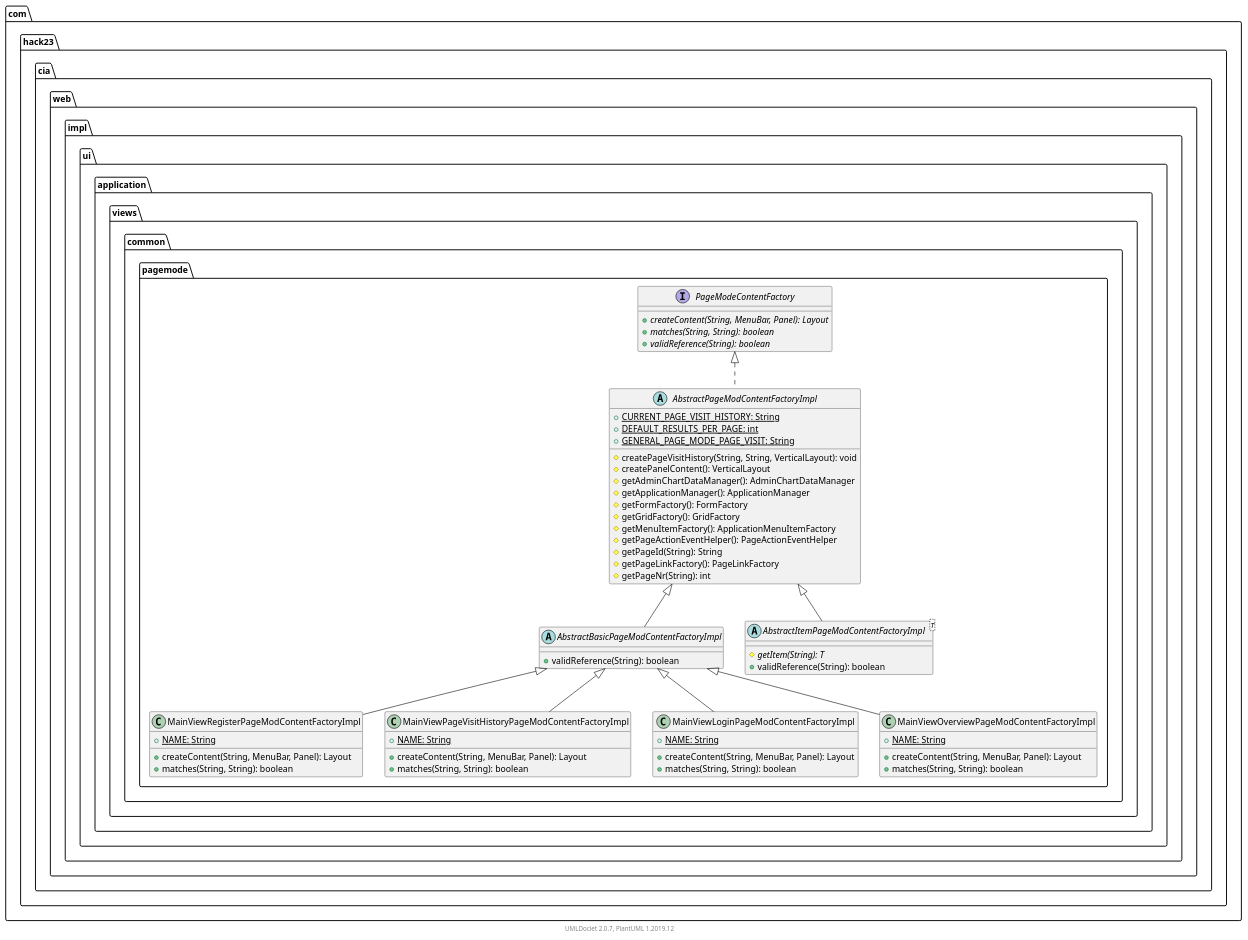
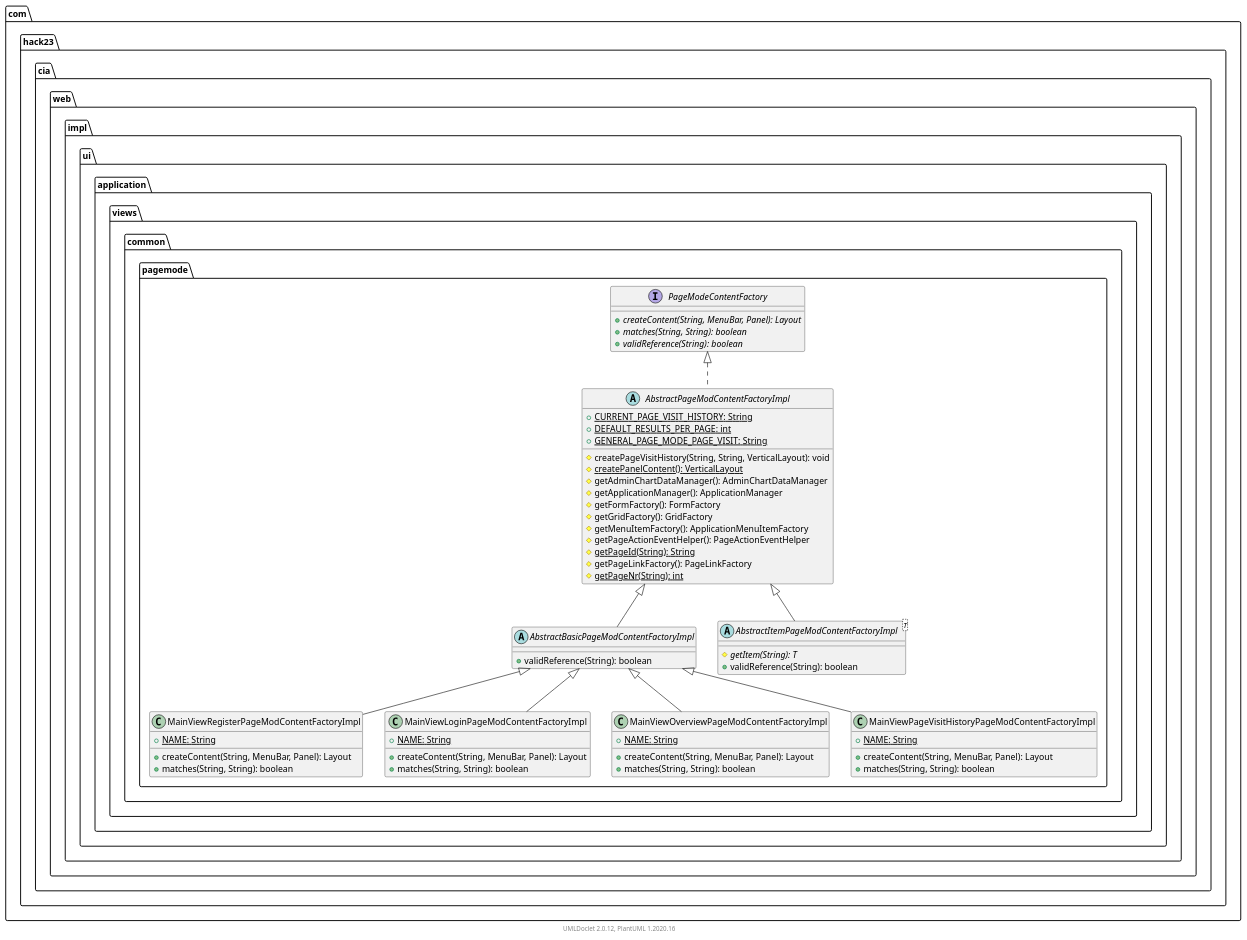
The diagram in apidocs/com/hack23/cia/web/impl/ui/application/views/common/pagemode/package.puml (Hack23/cia), drawn with PlantUML before and after one commit. The commit also changed 4579 other files, not shown here.

```diff
--- a/apidocs/com/hack23/cia/web/impl/ui/application/views/common/pagemode/package.puml
+++ b/apidocs/com/hack23/cia/web/impl/ui/application/views/common/pagemode/package.puml
@@ -1,70 +1,70 @@
 @startuml
     namespace com.hack23.cia.web.impl.ui.application.views.common.pagemode {
+
+        class MainViewRegisterPageModContentFactoryImpl [[MainViewRegisterPageModContentFactoryImpl.html]] {
+            {static} +NAME: String
+            +createContent(String, MenuBar, Panel): Layout
+            +matches(String, String): boolean
+        }
+
+        class MainViewLoginPageModContentFactoryImpl [[MainViewLoginPageModContentFactoryImpl.html]] {
+            {static} +NAME: String
+            +createContent(String, MenuBar, Panel): Layout
+            +matches(String, String): boolean
+        }
+
+        interface PageModeContentFactory [[PageModeContentFactory.html]] {
+            {abstract} +createContent(String, MenuBar, Panel): Layout
+            {abstract} +matches(String, String): boolean
+            {abstract} +validReference(String): boolean
+        }
 
         abstract class AbstractPageModContentFactoryImpl [[AbstractPageModContentFactoryImpl.html]] {
             {static} +CURRENT_PAGE_VISIT_HISTORY: String
             {static} +DEFAULT_RESULTS_PER_PAGE: int
             {static} +GENERAL_PAGE_MODE_PAGE_VISIT: String
             #createPageVisitHistory(String, String, VerticalLayout): void
-            #createPanelContent(): VerticalLayout
+            {static} #createPanelContent(): VerticalLayout
             #getAdminChartDataManager(): AdminChartDataManager
             #getApplicationManager(): ApplicationManager
             #getFormFactory(): FormFactory
             #getGridFactory(): GridFactory
             #getMenuItemFactory(): ApplicationMenuItemFactory
             #getPageActionEventHelper(): PageActionEventHelper
-            #getPageId(String): String
+            {static} #getPageId(String): String
             #getPageLinkFactory(): PageLinkFactory
-            #getPageNr(String): int
+            {static} #getPageNr(String): int
         }
 
-        class MainViewRegisterPageModContentFactoryImpl [[MainViewRegisterPageModContentFactoryImpl.html]] {
+        abstract class AbstractBasicPageModContentFactoryImpl [[AbstractBasicPageModContentFactoryImpl.html]] {
+            +validReference(String): boolean
+        }
+
+        abstract class AbstractItemPageModContentFactoryImpl<T> [[AbstractItemPageModContentFactoryImpl.html]] {
+            {abstract} #getItem(String): T
+            +validReference(String): boolean
+        }
+
+        class MainViewOverviewPageModContentFactoryImpl [[MainViewOverviewPageModContentFactoryImpl.html]] {
             {static} +NAME: String
             +createContent(String, MenuBar, Panel): Layout
             +matches(String, String): boolean
         }
 
         class MainViewPageVisitHistoryPageModContentFactoryImpl [[MainViewPageVisitHistoryPageModContentFactoryImpl.html]] {
             {static} +NAME: String
             +createContent(String, MenuBar, Panel): Layout
             +matches(String, String): boolean
         }
 
-        class MainViewLoginPageModContentFactoryImpl [[MainViewLoginPageModContentFactoryImpl.html]] {
-            {static} +NAME: String
-            +createContent(String, MenuBar, Panel): Layout
-            +matches(String, String): boolean
-        }
-
-        abstract class AbstractBasicPageModContentFactoryImpl [[AbstractBasicPageModContentFactoryImpl.html]] {
-            +validReference(String): boolean
-        }
-
-        abstract class AbstractItemPageModContentFactoryImpl<T> [[AbstractItemPageModContentFactoryImpl.html]] {
-            {abstract} #getItem(String): T
-            +validReference(String): boolean
-        }
-
-        interface PageModeContentFactory [[PageModeContentFactory.html]] {
-            {abstract} +createContent(String, MenuBar, Panel): Layout
-            {abstract} +matches(String, String): boolean
-            {abstract} +validReference(String): boolean
-        }
-
-        class MainViewOverviewPageModContentFactoryImpl [[MainViewOverviewPageModContentFactoryImpl.html]] {
-            {static} +NAME: String
-            +createContent(String, MenuBar, Panel): Layout
-            +matches(String, String): boolean
-        }
-
+        AbstractBasicPageModContentFactoryImpl <|-- MainViewRegisterPageModContentFactoryImpl
+        AbstractBasicPageModContentFactoryImpl <|-- MainViewLoginPageModContentFactoryImpl
         PageModeContentFactory <|.. AbstractPageModContentFactoryImpl
-        AbstractBasicPageModContentFactoryImpl <|-- MainViewRegisterPageModContentFactoryImpl
-        AbstractBasicPageModContentFactoryImpl <|-- MainViewPageVisitHistoryPageModContentFactoryImpl
-        AbstractBasicPageModContentFactoryImpl <|-- MainViewLoginPageModContentFactoryImpl
         AbstractPageModContentFactoryImpl <|-- AbstractBasicPageModContentFactoryImpl
         AbstractPageModContentFactoryImpl <|-- AbstractItemPageModContentFactoryImpl
         AbstractBasicPageModContentFactoryImpl <|-- MainViewOverviewPageModContentFactoryImpl
+        AbstractBasicPageModContentFactoryImpl <|-- MainViewPageVisitHistoryPageModContentFactoryImpl
     }
 
-    center footer UMLDoclet 2.0.7, PlantUML 1.2019.12
+    center footer UMLDoclet 2.0.12, PlantUML 1.2020.16
 @enduml
```
